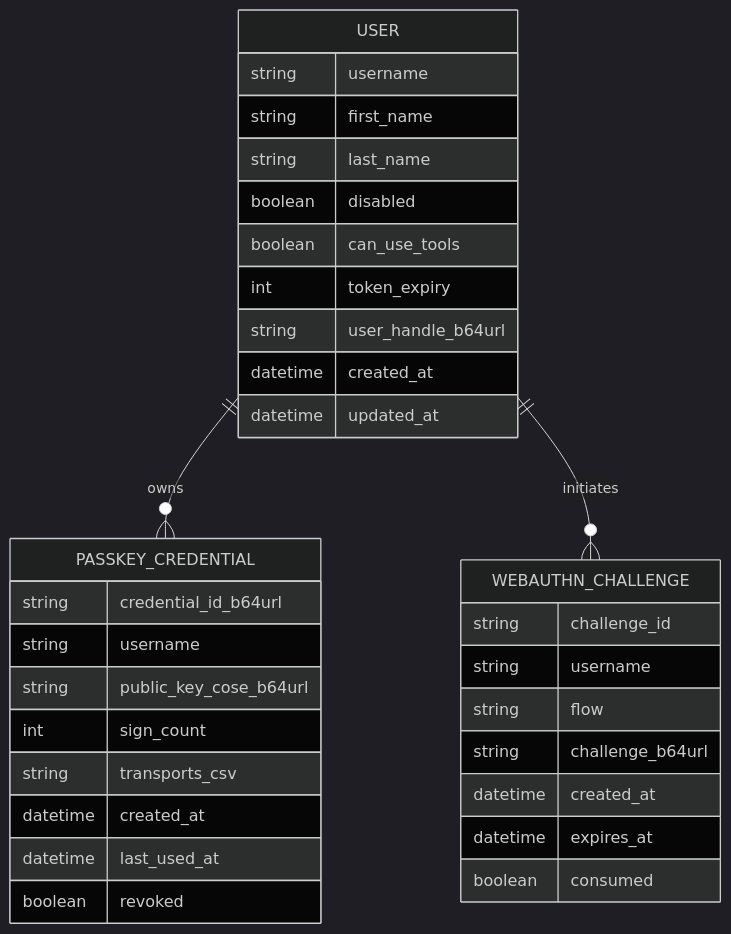
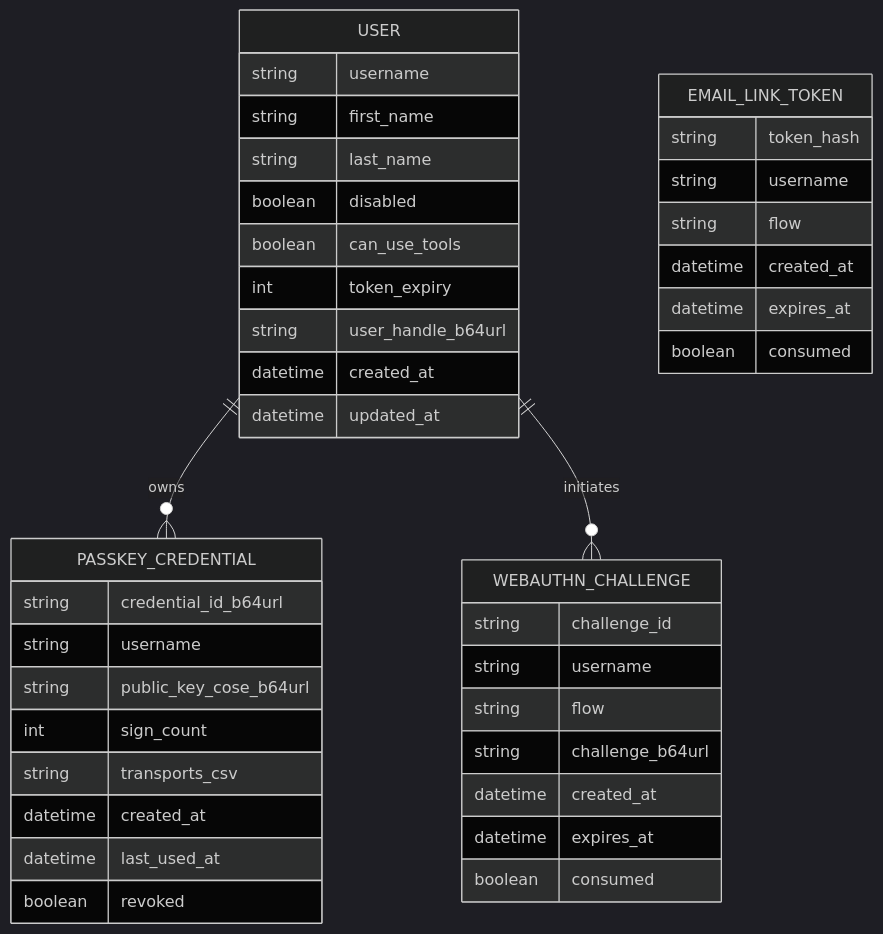
The fourth of 4 diagrams in design/passkeys-proposal.md (schleising/website3), drawn with Mermaid (dark theme) before and after one commit. The commit also changed other lines of this file and 13 other files, not shown here.

First line of the commit message:
feat: Implement email verification and recovery flow for passkey setup

````diff
--- a/design/passkeys-proposal.md
+++ b/design/passkeys-proposal.md
@@ -130,38 +138,47 @@
 ```mermaid
 erDiagram
   USER ||--o{ PASSKEY_CREDENTIAL : owns
   USER ||--o{ WEBAUTHN_CHALLENGE : initiates
 
   USER {
     string username
     string first_name
     string last_name
     boolean disabled
     boolean can_use_tools
     int token_expiry
     string user_handle_b64url
     datetime created_at
     datetime updated_at
   }
 
   PASSKEY_CREDENTIAL {
     string credential_id_b64url
     string username
     string public_key_cose_b64url
     int sign_count
     string transports_csv
     datetime created_at
     datetime last_used_at
     boolean revoked
   }
 
   WEBAUTHN_CHALLENGE {
     string challenge_id
     string username
     string flow
     string challenge_b64url
     datetime created_at
     datetime expires_at
     boolean consumed
   }
+
+  EMAIL_LINK_TOKEN {
+    string token_hash
+    string username
+    string flow
+    datetime created_at
+    datetime expires_at
+    boolean consumed
+  }
 ```
````
